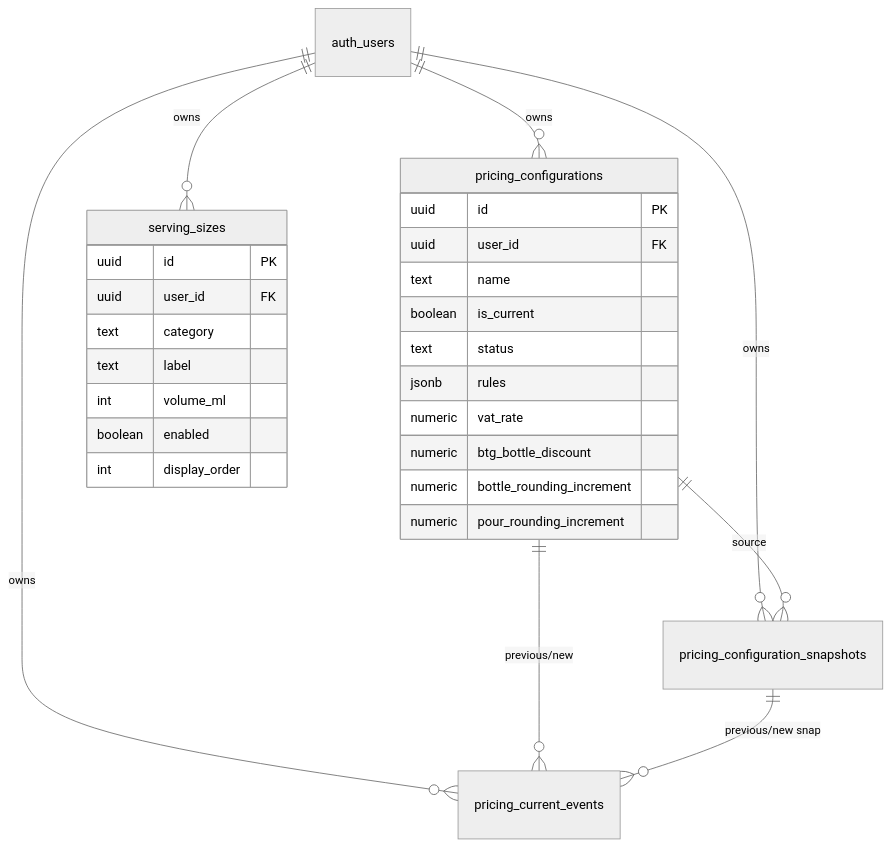
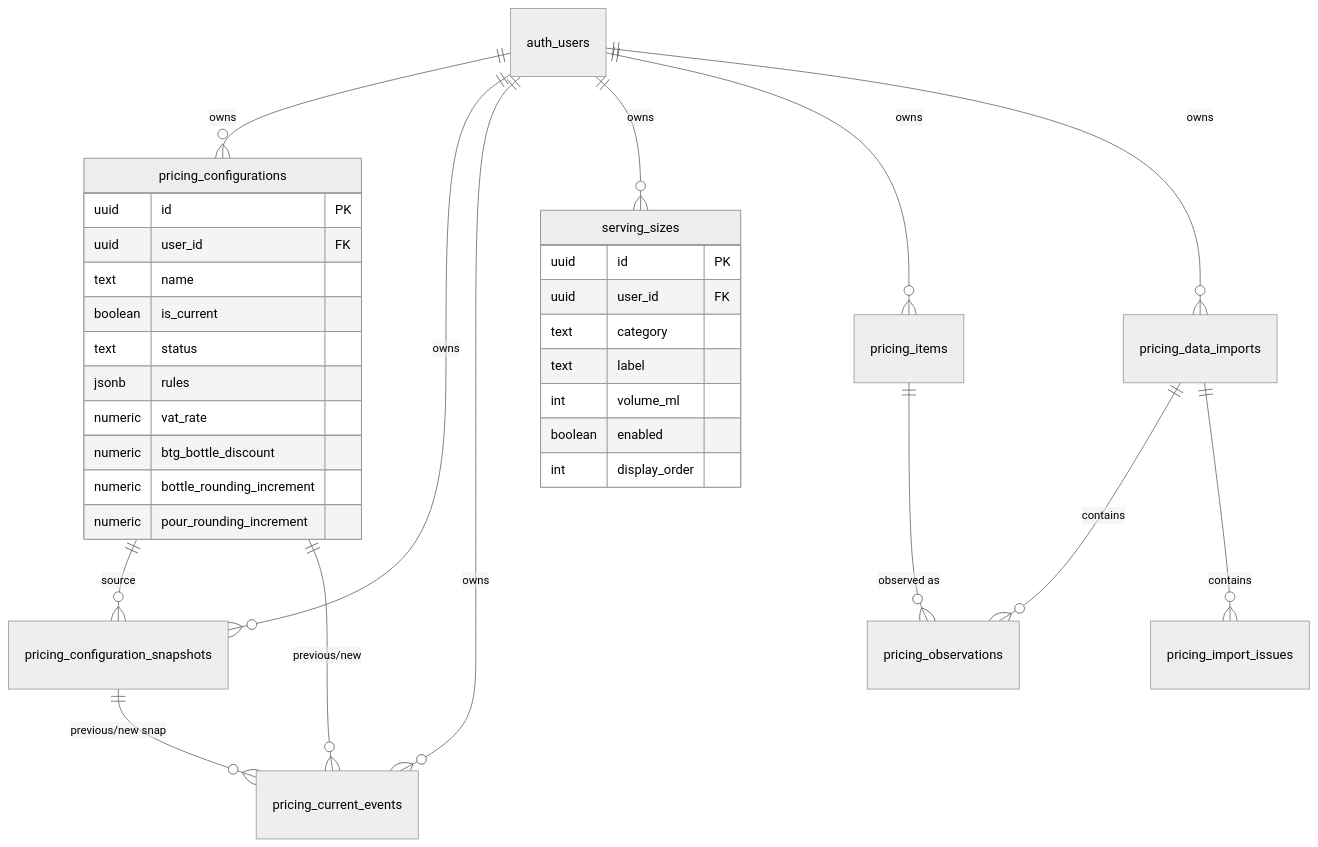
One commit to DanWarham/wine-gp-calculator changed the diagram in docs/DATA_MODEL.md. Above: the diagram before and after it, drawn with Mermaid (neutral theme). The commit also changed other lines of this file and 33 other files, not shown here.

Commit message:
Implement pricing data import pipeline

````diff
--- a/docs/DATA_MODEL.md
+++ b/docs/DATA_MODEL.md
@@ -35,32 +36,37 @@
 ```mermaid
 erDiagram
   auth_users ||--o{ pricing_configurations : "owns"
   auth_users ||--o{ pricing_configuration_snapshots : "owns"
   auth_users ||--o{ pricing_current_events : "owns"
   auth_users ||--o{ serving_sizes : "owns"
+  auth_users ||--o{ pricing_items : "owns"
+  auth_users ||--o{ pricing_data_imports : "owns"
+  pricing_data_imports ||--o{ pricing_observations : "contains"
+  pricing_data_imports ||--o{ pricing_import_issues : "contains"
+  pricing_items ||--o{ pricing_observations : "observed as"
   pricing_configurations ||--o{ pricing_configuration_snapshots : "source"
   pricing_configurations ||--o{ pricing_current_events : "previous/new"
   pricing_configuration_snapshots ||--o{ pricing_current_events : "previous/new snap"
 
   pricing_configurations {
     uuid id PK
     uuid user_id FK
     text name
     boolean is_current
     text status
     jsonb rules
     numeric vat_rate
     numeric btg_bottle_discount
     numeric bottle_rounding_increment
     numeric pour_rounding_increment
   }
   serving_sizes {
     uuid id PK
     uuid user_id FK
     text category
     text label
     int volume_ml
     boolean enabled
     int display_order
   }
 ```
````
